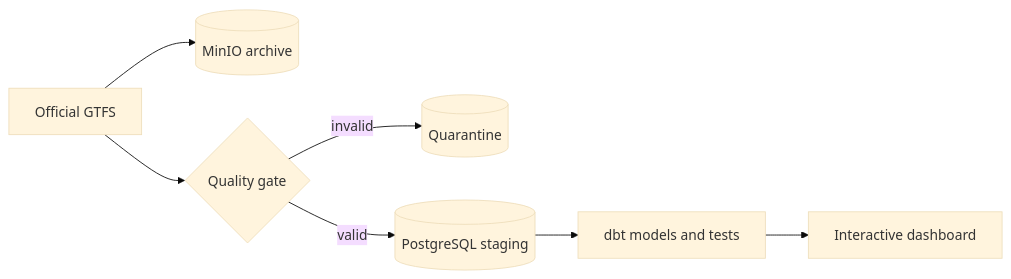
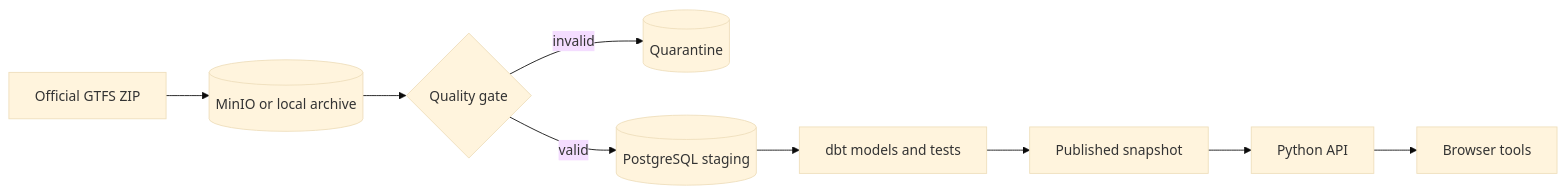
Before and after one commit to acilione/milano_mobility: the diagram in README.md, drawn with Mermaid (base theme). The commit also changed other lines of this file and 4 other files, not shown here.

````diff
--- a/README.md
+++ b/README.md
@@ -92,9 +158,11 @@
 ```mermaid
 flowchart LR
-    Source[Official GTFS] --> Archive[(MinIO archive)]
-    Source --> Validate{Quality gate}
+    Source[Official GTFS ZIP] --> Archive[(MinIO or local archive)]
+    Archive --> Validate{Quality gate}
     Validate -->|invalid| Quarantine[(Quarantine)]
     Validate -->|valid| Stage[(PostgreSQL staging)]
     Stage --> Model[dbt models and tests]
-    Model --> Dashboard[Interactive dashboard]
+    Model --> Publish[Published snapshot]
+    Publish --> API[Python API]
+    API --> UI[Browser tools]
 ```
````
